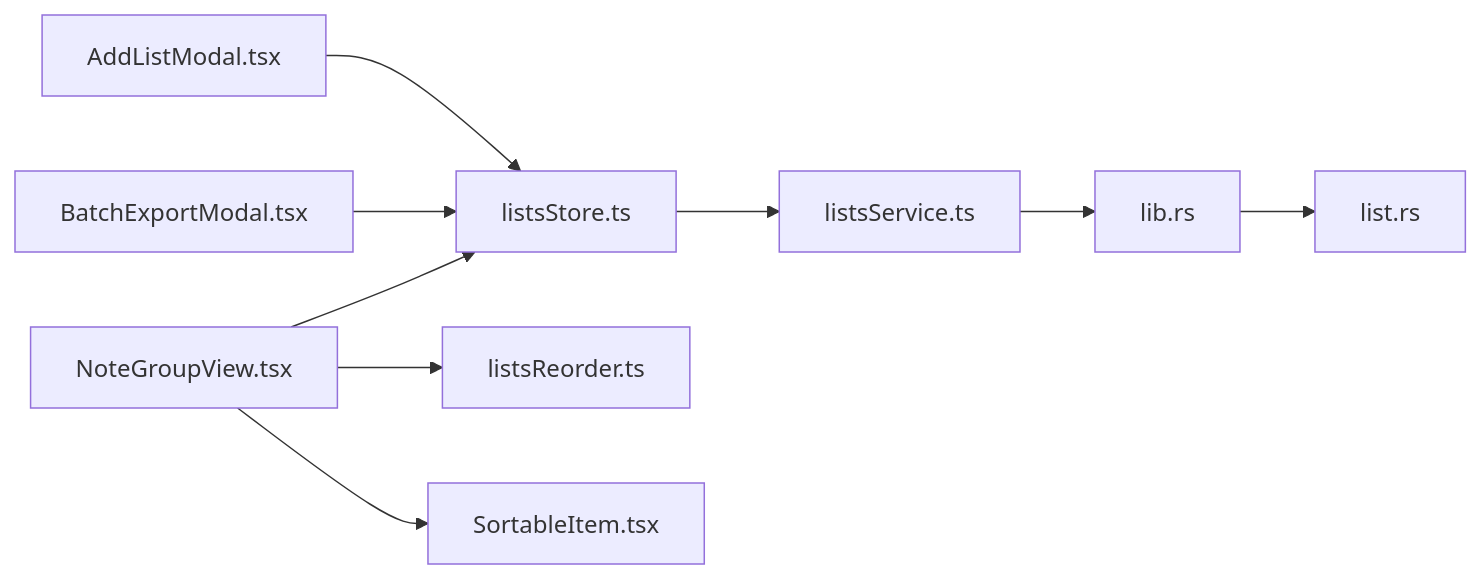
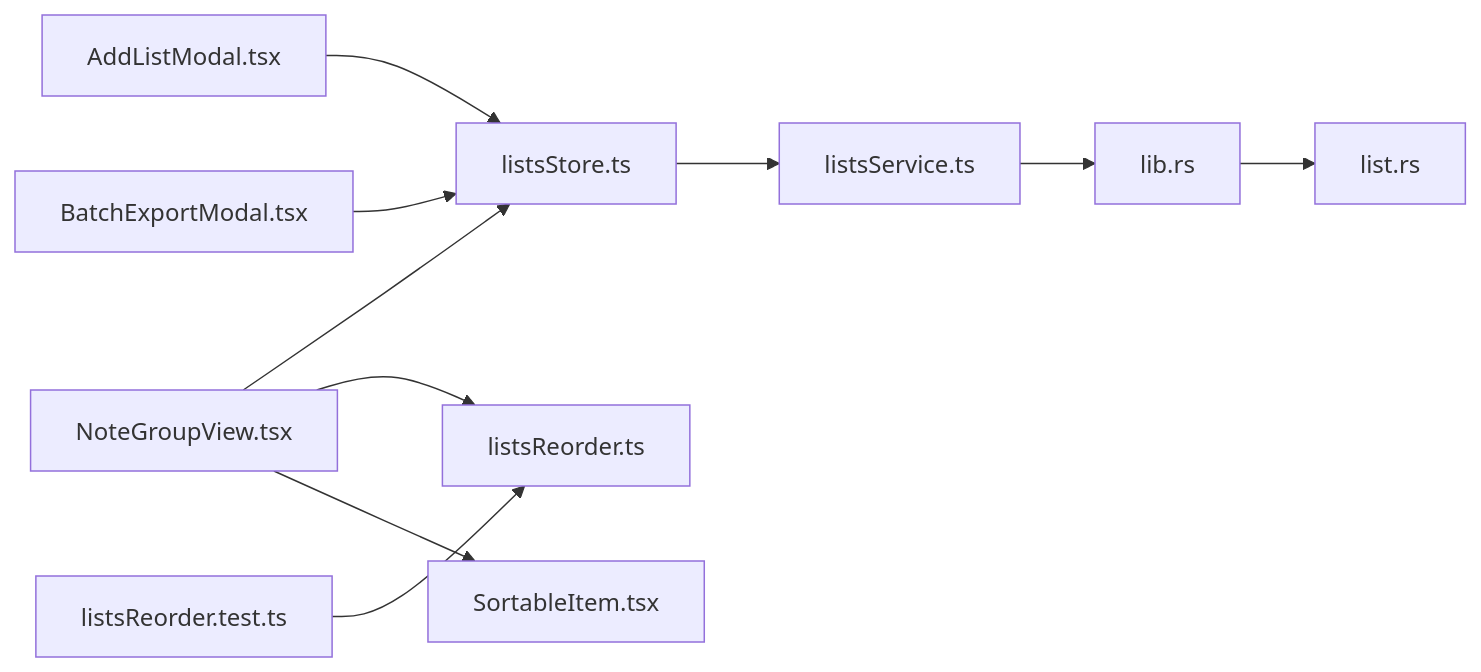
One commit to gzdxhujiale/FishWorker changed the ninth of 10 diagrams in .qoder/repowiki/zh/content/核心功能模块/清单管理系统.md. Above: the diagram before and after it, drawn with Mermaid. The commit also changed other lines of this file and 34 other files, not shown here.

````diff
--- a/.qoder/repowiki/zh/content/核心功能模块/清单管理系统.md
+++ b/.qoder/repowiki/zh/content/核心功能模块/清单管理系统.md
@@ -389,11 +409,12 @@
 ```mermaid
 graph LR
 NoteGroupView["NoteGroupView.tsx"] --> Store["listsStore.ts"]
 NoteGroupView --> Reorder["listsReorder.ts"]
 NoteGroupView --> Sortable["SortableItem.tsx"]
 AddModal["AddListModal.tsx"] --> Store
 ExportModal["BatchExportModal.tsx"] --> Store
 Store --> Service["listsService.ts"]
 Service --> Lib["lib.rs"]
 Lib --> ListAPI["list.rs"]
+ReorderTest["listsReorder.test.ts"] --> Reorder
 ```
````
